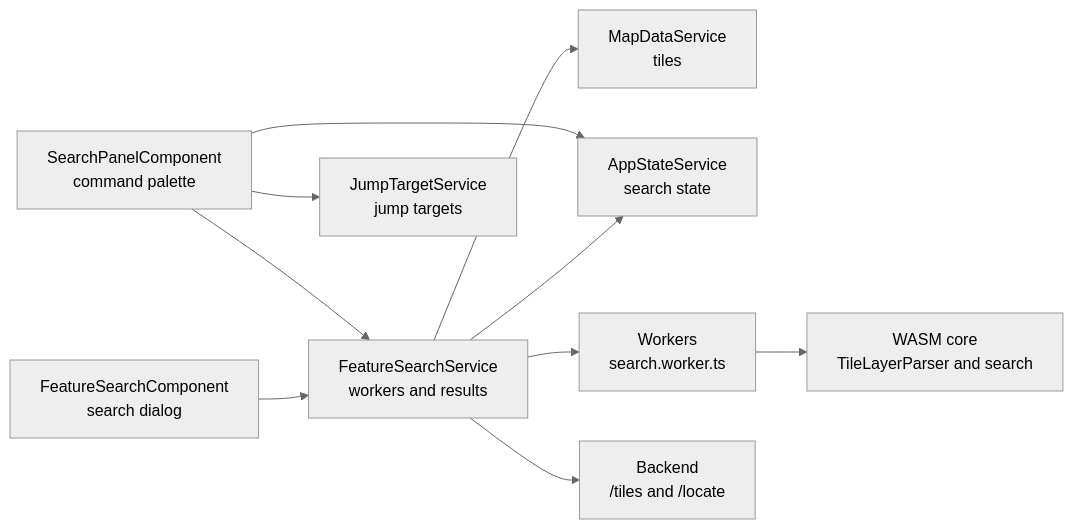
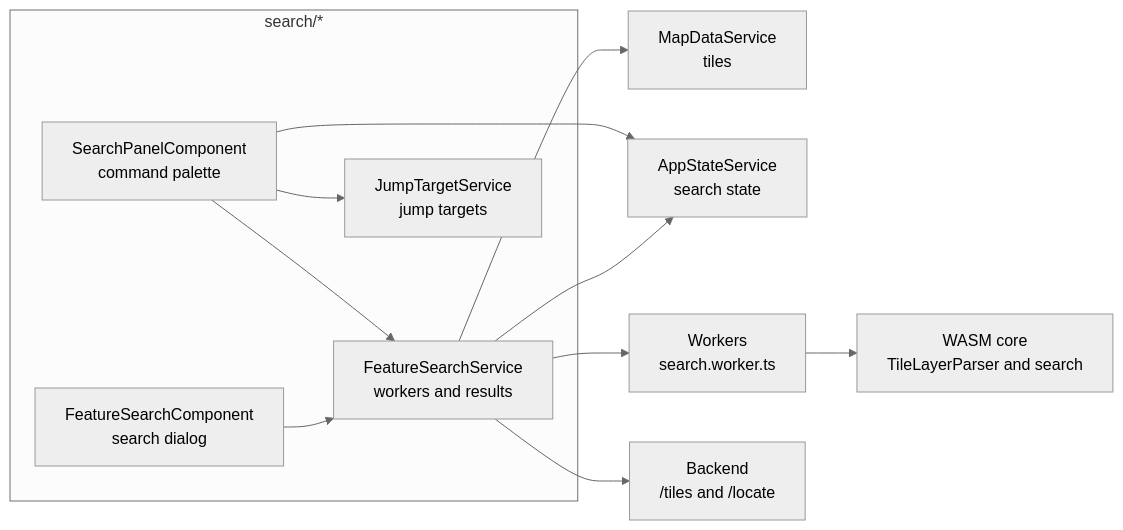
One commit to ndsev/erdblick changed the fifth of 10 diagrams in docs/erdblick-dev-guide.md. Above: the diagram before and after it, drawn with Mermaid (neutral theme). The commit also changed other lines of this file, not shown here.

````diff
--- a/docs/erdblick-dev-guide.md
+++ b/docs/erdblick-dev-guide.md
@@ -314,23 +198,25 @@
 ```mermaid
 flowchart LR
-  SearchPanel[SearchPanelComponent<br>command palette]
-  FeatureSearch[FeatureSearchComponent<br>search dialog]
-  SearchSvc[FeatureSearchService<br>workers and results]
-  JumpSvc[JumpTargetService<br>jump targets]
+  subgraph search_dir[search/*]
+    SearchPanel[SearchPanelComponent<br>command palette]
+    FeatureSearch[FeatureSearchComponent<br>search dialog]
+    SearchSvc[FeatureSearchService<br>workers and results]
+    JumpSvc[JumpTargetService<br>jump targets]
+  end
   MapSvc[MapDataService<br>tiles]
   State[AppStateService<br>search state]
   Workers[Workers<br>search.worker.ts]
   Core[WASM core<br>TileLayerParser and search]
   Backend[Backend<br>/tiles and /locate]
 
   SearchPanel --> SearchSvc
   SearchPanel --> JumpSvc
   SearchPanel --> State
   FeatureSearch --> SearchSvc
 
   SearchSvc --> MapSvc
   SearchSvc --> State
   SearchSvc --> Workers
   Workers --> Core
   SearchSvc --> Backend
 ```
````
